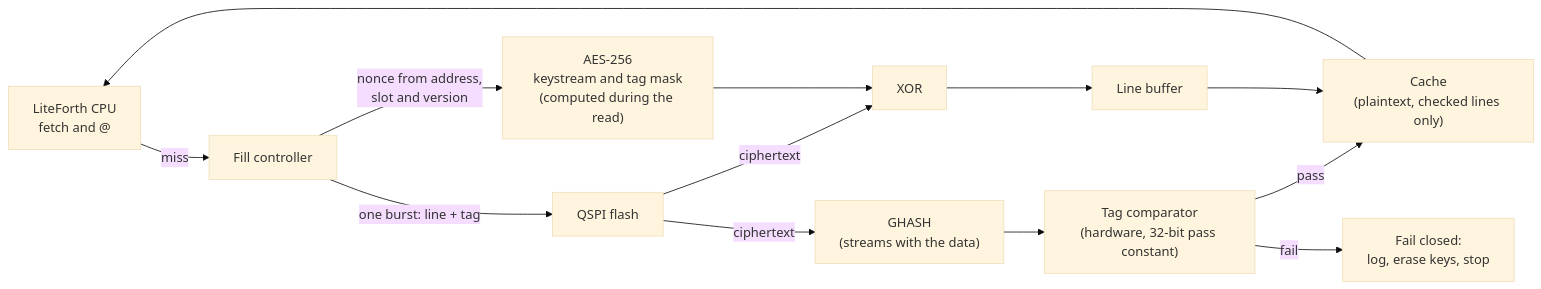
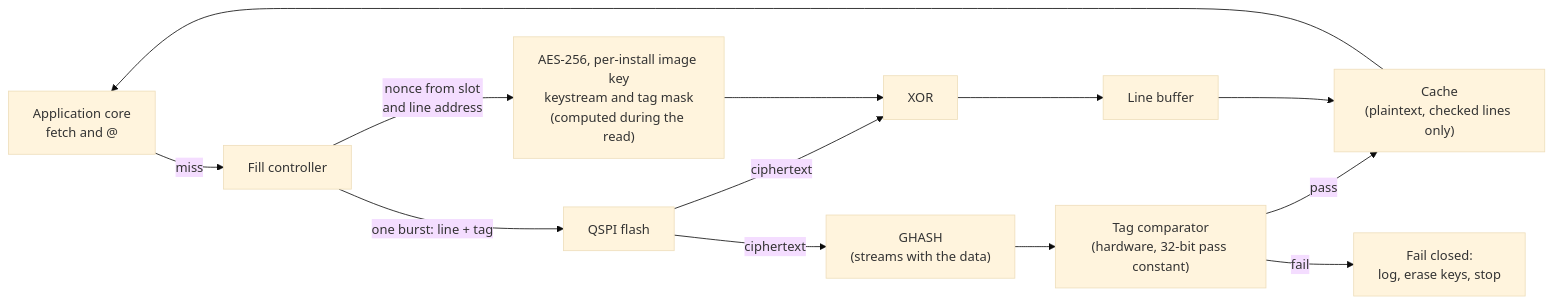
The diagram in doc/xip.md (bradleyeckert/thriller), drawn with Mermaid (base theme) before and after one commit. The commit also changed other lines of this file and 7 other files, not shown here.

First line of the commit message:
Consistency pass: bring all docs in line with XIP, two cores, key paths, ICS55 and roles

````diff
--- a/doc/xip.md
+++ b/doc/xip.md
@@ -23,15 +23,15 @@
 ```mermaid
 flowchart LR
-  CPU["LiteForth CPU<br/>fetch and @"] -->|miss| FSM["Fill controller"]
+  CPU["Application core<br/>fetch and @"] -->|miss| FSM["Fill controller"]
   FSM -->|"one burst: line + tag"| QSPI["QSPI flash"]
-  FSM -->|"nonce from address,<br/>slot and version"| AES["AES-256<br/>keystream and tag mask<br/>(computed during the read)"]
+  FSM -->|"nonce from slot<br/>and line address"| AES["AES-256, per-install image key<br/>keystream and tag mask<br/>(computed during the read)"]
   QSPI -->|ciphertext| X["XOR"]
   AES --> X
   QSPI -->|ciphertext| GH["GHASH<br/>(streams with the data)"]
   GH --> CMP["Tag comparator<br/>(hardware, 32-bit pass constant)"]
   X --> BUF["Line buffer"]
   CMP -->|pass| CACHE["Cache<br/>(plaintext, checked lines only)"]
   BUF --> CACHE
   CMP -->|fail| LOCK["Fail closed:<br/>log, erase keys, stop"]
   CACHE --> CPU
 ```
````
